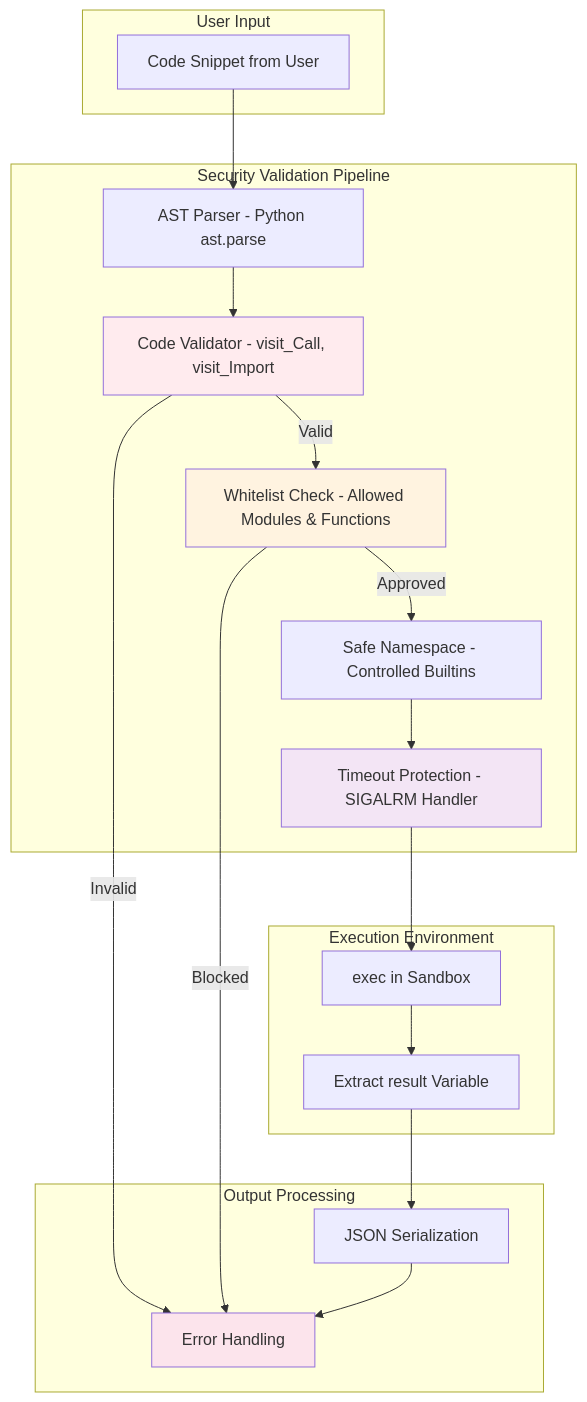
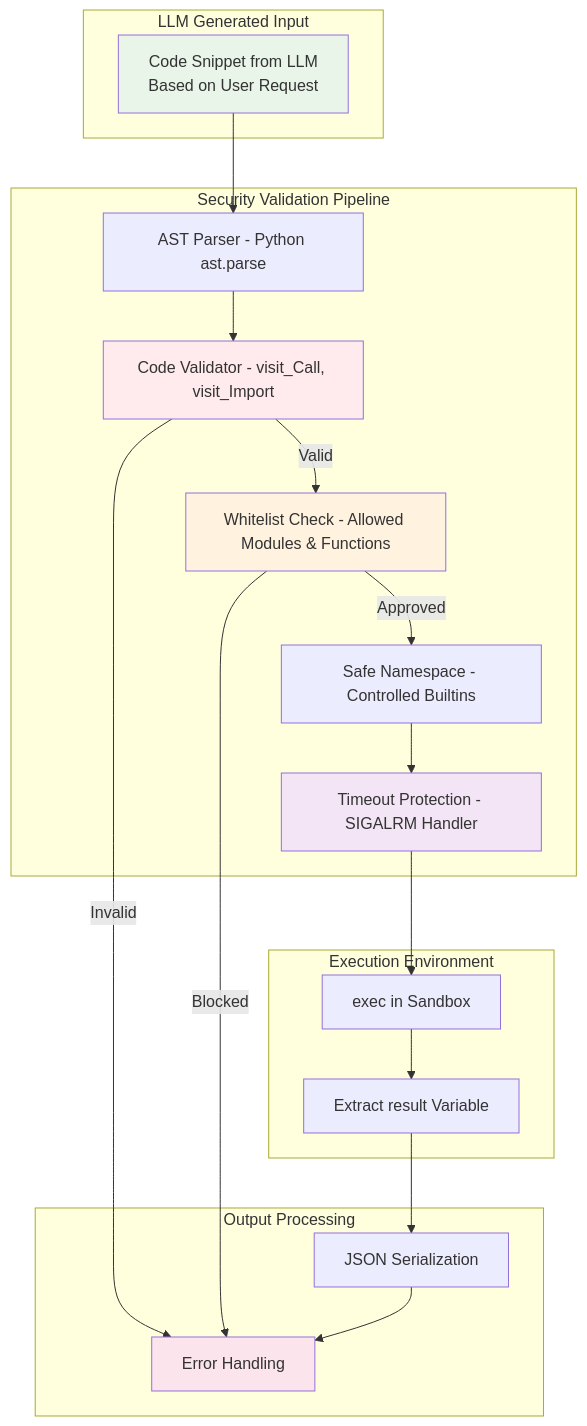
One commit to paihari/documentation-syntropai changed the third of 4 diagrams in README.md. Above: the diagram before and after it, drawn with Mermaid. The commit also changed other lines of this file, not shown here.

````diff
--- a/README.md
+++ b/README.md
@@ -97,41 +125,42 @@
 ```mermaid
 graph TB
-    subgraph "User Input"
-        UI[Code Snippet from User]
+    subgraph "LLM Generated Input"
+        CODE[Code Snippet from LLM<br/>Based on User Request]
     end
     
     subgraph "Security Validation Pipeline"
         AST[AST Parser - Python ast.parse]
         VAL[Code Validator - visit_Call, visit_Import]
         WL[Whitelist Check - Allowed Modules & Functions]
         NS[Safe Namespace - Controlled Builtins]
         TO[Timeout Protection - SIGALRM Handler]
     end
     
     subgraph "Execution Environment"
         EXEC[exec in Sandbox]
         RESULT[Extract result Variable]
     end
     
     subgraph "Output Processing"
         SER[JSON Serialization]
         ERR[Error Handling]
     end
     
-    UI --> AST
+    CODE --> AST
     AST --> VAL
     VAL -->|Valid| WL
     VAL -->|Invalid| ERR
     WL -->|Approved| NS
     WL -->|Blocked| ERR
     NS --> TO
     TO --> EXEC
     EXEC --> RESULT
     RESULT --> SER
     SER --> ERR
     
+    style CODE fill:#e8f5e8
     style VAL fill:#ffebee
     style WL fill:#fff3e0
     style TO fill:#f3e5f5
     style ERR fill:#fce4ec
 ```
````
